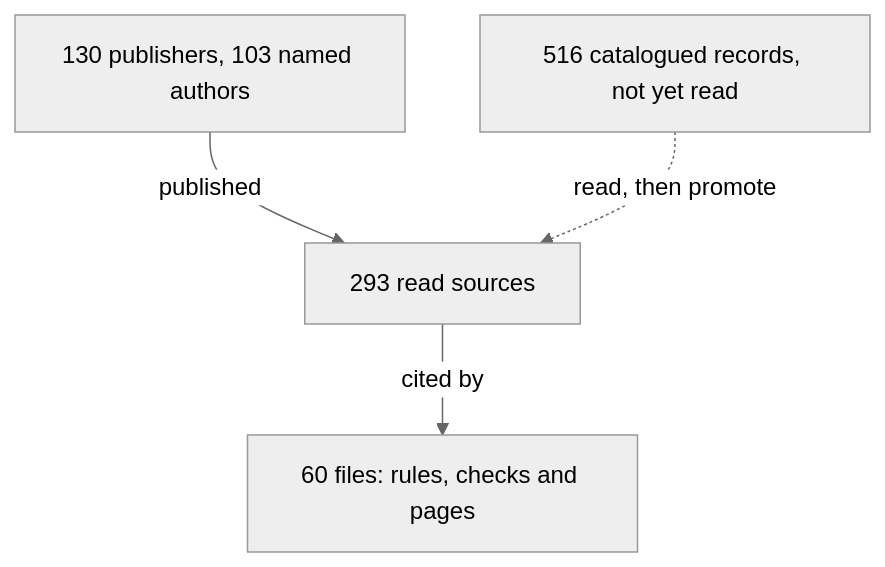
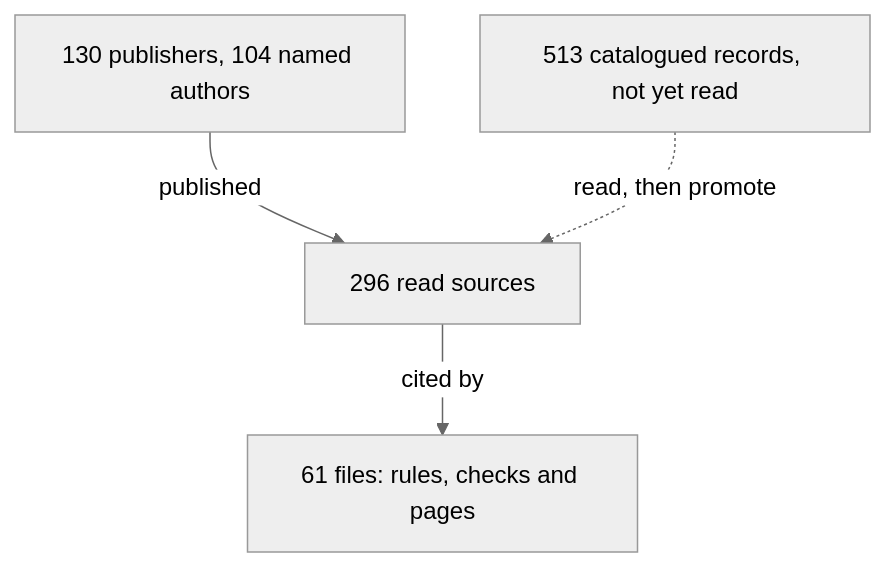
Before and after one commit to Valpatel/cad-agent: the diagram in docs/practice/experts.md, drawn with Mermaid (neutral theme). The commit also changed other lines of this file and 7 other files, not shown here.

````diff
--- a/docs/practice/experts.md
+++ b/docs/practice/experts.md
@@ -6,7 +6,7 @@
 ```mermaid
 flowchart TD
-  P["130 publishers, 103 named authors"] -->|published| S["293 read sources"]
-  S -->|cited by| U["60 files: rules, checks and pages"]
-  C["516 catalogued records, not yet read"] -.->|read, then promote| S
+  P["130 publishers, 104 named authors"] -->|published| S["296 read sources"]
+  S -->|cited by| U["61 files: rules, checks and pages"]
+  C["513 catalogued records, not yet read"] -.->|read, then promote| S
   class S here
 ```
````
